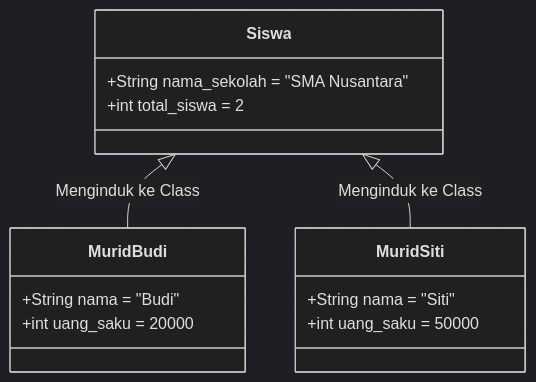
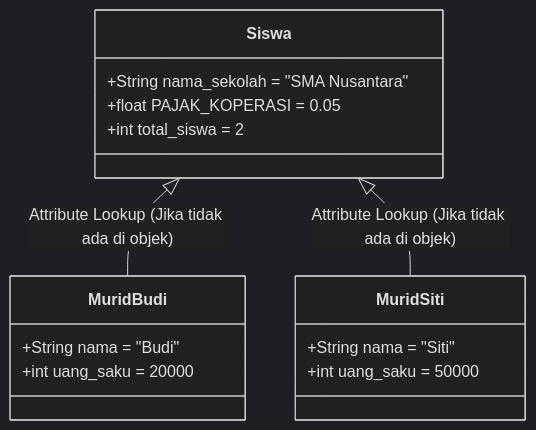
One commit to antonprafanto/Phyton-OOP changed the diagram in 01_zero_level/modul_02_instance_vs_class_attr/MATERI.md. Above: the diagram before and after it, drawn with Mermaid (dark theme). The commit also changed other lines of this file and 1 other file, not shown here.

````diff
--- a/01_zero_level/modul_02_instance_vs_class_attr/MATERI.md
+++ b/01_zero_level/modul_02_instance_vs_class_attr/MATERI.md
@@ -135,20 +178,21 @@
 ```mermaid
 classDiagram
     class Siswa {
         +String nama_sekolah = "SMA Nusantara"
+        +float PAJAK_KOPERASI = 0.05
         +int total_siswa = 2
     }
 
     class MuridBudi {
         +String nama = "Budi"
         +int uang_saku = 20000
     }
 
     class MuridSiti {
         +String nama = "Siti"
         +int uang_saku = 50000
     }
 
-    Siswa <|-- MuridBudi : Menginduk ke Class
-    Siswa <|-- MuridSiti : Menginduk ke Class
+    Siswa <|-- MuridBudi : Attribute Lookup (Jika tidak ada di objek)
+    Siswa <|-- MuridSiti : Attribute Lookup (Jika tidak ada di objek)
 ```
````
